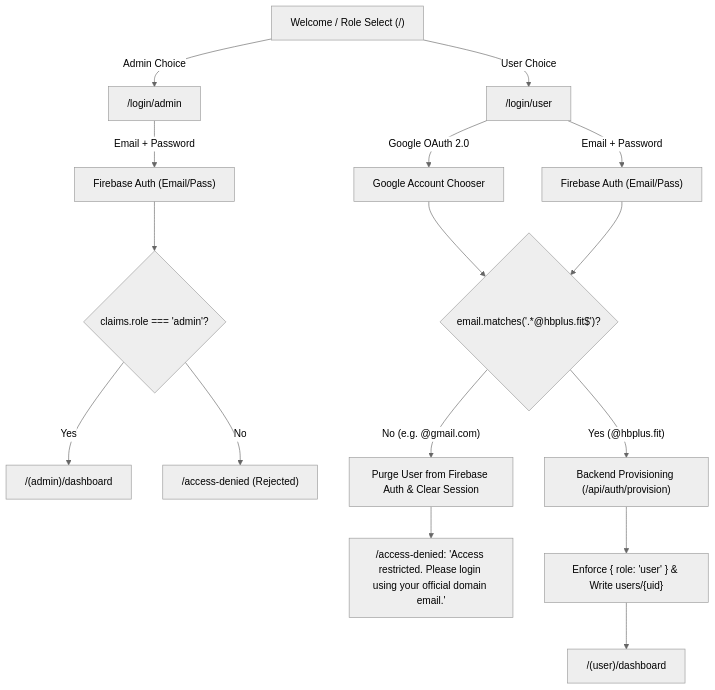
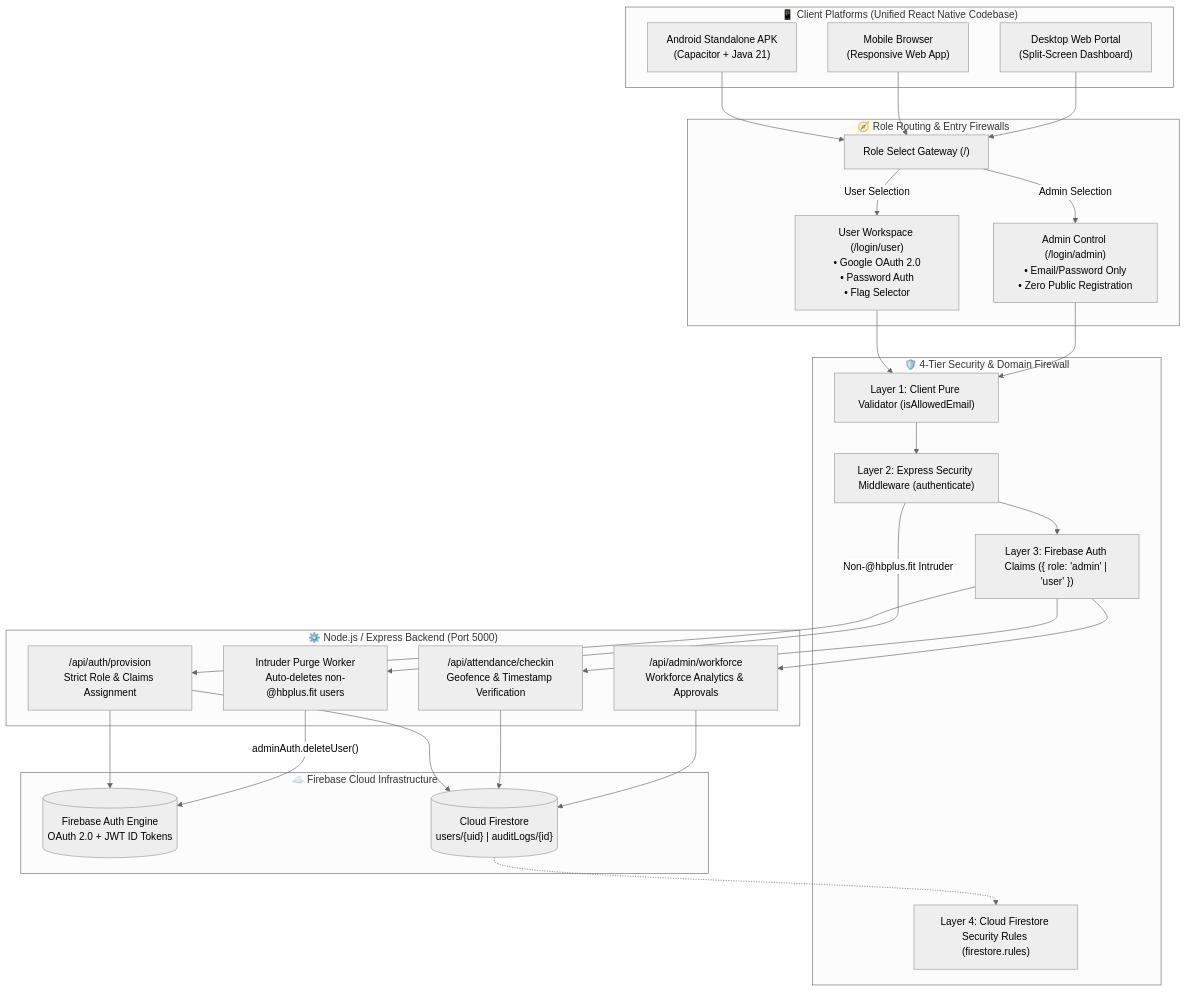
One commit to vishalkhadatare/HBPlus.Assesment changed the first of 2 diagrams in README.md. Above: the diagram before and after it, drawn with Mermaid (neutral theme). The commit also changed other lines of this file, not shown here.

Commit message:
docs: overhaul README with executive architecture diagrams and colourful tech stack

````diff
--- a/README.md
+++ b/README.md
@@ -11,23 +106,57 @@
 ```mermaid
-flowchart TD
-    A["Welcome / Role Select (/)"] -->|"Admin Choice"| B["/login/admin"]
-    A -->|"User Choice"| C["/login/user"]
-    
-    B -->|"Email + Password"| D["Firebase Auth (Email/Pass)"]
-    D --> E{"claims.role === 'admin'?"}
-    E -->|"Yes"| F["/(admin)/dashboard"]
-    E -->|"No"| G["/access-denied (Rejected)"]
-    
-    C -->|"Google OAuth 2.0"| H["Google Account Chooser"]
-    C -->|"Email + Password"| I["Firebase Auth (Email/Pass)"]
-    
-    H --> J{"email.matches('.*@hbplus.fit$')?"}
-    I --> J
-    
-    J -->|"No (e.g. @gmail.com)"| K["Purge User from Firebase Auth & Clear Session"]
-    K --> L["/access-denied: 'Access restricted. Please login using your official domain email.'"]
-    
-    J -->|"Yes (@hbplus.fit)"| M["Backend Provisioning (/api/auth/provision)"]
-    M --> N["Enforce { role: 'user' } & Write users/{uid}"]
-    N --> O["/(user)/dashboard"]
+flowchart TB
+    subgraph CLIENT_LAYER["📱 Client Platforms (Unified React Native Codebase)"]
+        A1["Android Standalone APK\n(Capacitor + Java 21)"]
+        A2["Mobile Browser\n(Responsive Web App)"]
+        A3["Desktop Web Portal\n(Split-Screen Dashboard)"]
+    end
+
+    subgraph AUTH_ROUTING["🧭 Role Routing & Entry Firewalls"]
+        B["Role Select Gateway (/)"]
+        C["User Workspace (/login/user)\n• Google OAuth 2.0\n• Password Auth\n• Flag Selector"]
+        D["Admin Control (/login/admin)\n• Email/Password Only\n• Zero Public Registration"]
+    end
+
+    subgraph SECURITY_MIDDLEWARE["🛡️ 4-Tier Security & Domain Firewall"]
+        E["Layer 1: Client Pure Validator (isAllowedEmail)"]
+        F["Layer 2: Express Security Middleware (authenticate)"]
+        G["Layer 3: Firebase Auth Claims ({ role: 'admin' | 'user' })"]
+        H["Layer 4: Cloud Firestore Security Rules (firestore.rules)"]
+    end
+
+    subgraph BACKEND_SERVICES["⚙️ Node.js / Express Backend (Port 5000)"]
+        I["/api/auth/provision\nStrict Role & Claims Assignment"]
+        J["/api/attendance/checkin\nGeofence & Timestamp Verification"]
+        K["/api/admin/workforce\nWorkforce Analytics & Approvals"]
+        L["Intruder Purge Worker\nAuto-deletes non-@hbplus.fit users"]
+    end
+
+    subgraph CLOUD_DATABASE["☁️ Firebase Cloud Infrastructure"]
+        M[("Firebase Auth Engine\nOAuth 2.0 + JWT ID Tokens")]
+        N[("Cloud Firestore\nusers/{uid} | auditLogs/{id}")]
+    end
+
+    A1 --> B
+    A2 --> B
+    A3 --> B
+
+    B -->|"User Selection"| C
+    B -->|"Admin Selection"| D
+
+    C --> E
+    D --> E
+    E --> F
+    F --> G
+
+    G --> I
+    G --> J
+    G --> K
+    F -->|"Non-@hbplus.fit Intruder"| L
+
+    I --> M
+    L -->|"adminAuth.deleteUser()"| M
+    I --> N
+    J --> N
+    K --> N
+    N -.-> H
 ```
````
